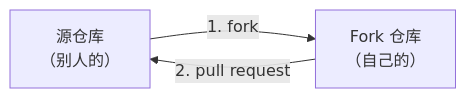
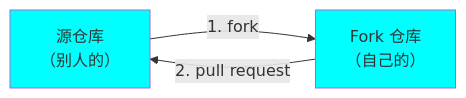
One commit to Aloudname/IME_Guidance changed the diagram in 基础技能/2_社区里的仓库.md. Above: the diagram before and after it, drawn with Mermaid. The commit also changed other lines of this file and 5 other files, not shown here.

````diff
--- a/基础技能/2_社区里的仓库.md
+++ b/基础技能/2_社区里的仓库.md
@@ -76,5 +67,8 @@
 ```mermaid
 flowchart LR
     A[源仓库<br/>（别人的）] -->|1. fork| B[Fork 仓库<br/>（自己的）]
     B -->|2. pull request| A
+
+style A fill:#0ff;
+style B fill:#0ff;
 ```
````
